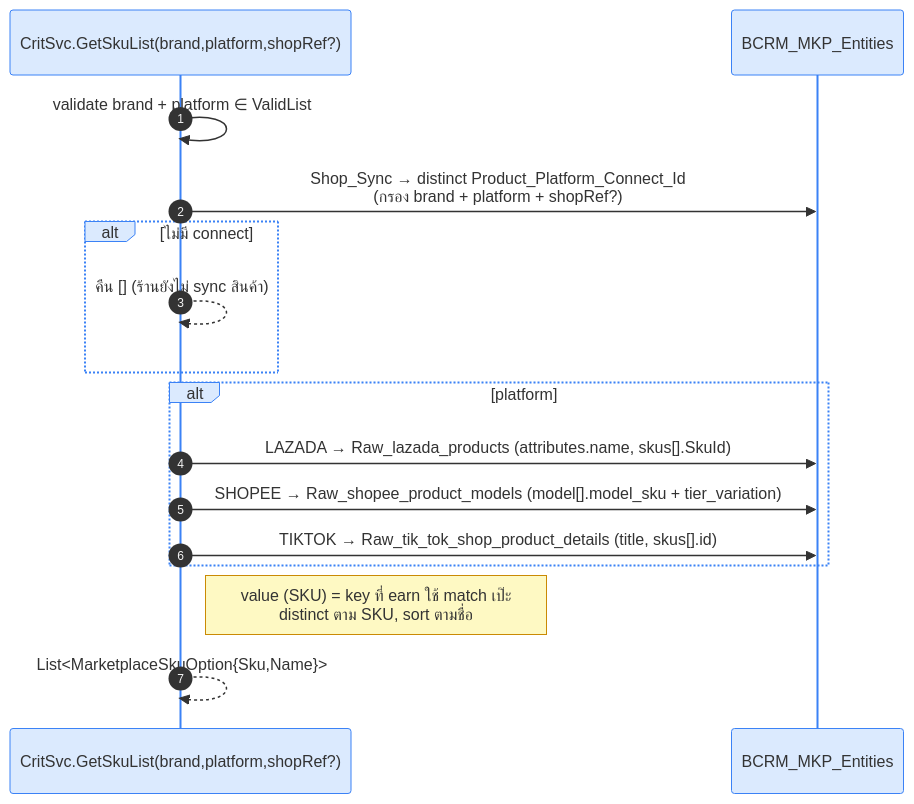
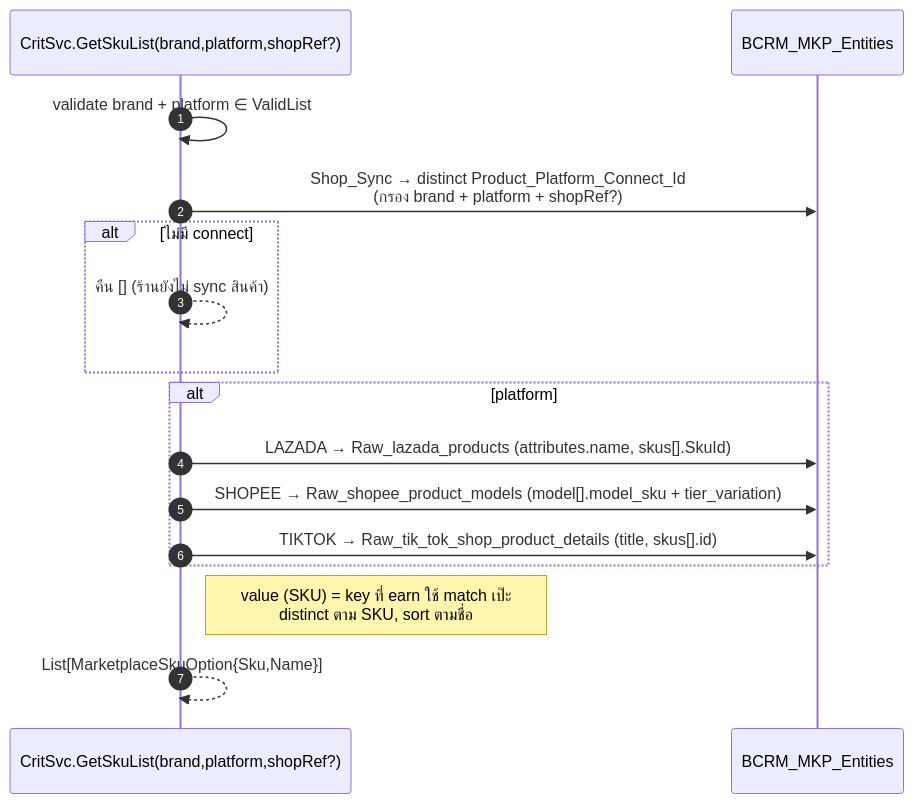
Before and after one commit to paothanapon-chococrm/obs-chococrm-me: the third of 5 diagrams in content/Work Currenry/Marketplace-Sequence-Diagrams.md, drawn with Mermaid. The commit also changed other lines of this file, not shown here.

First line of the commit message:
fix mermaid: stray angle brackets + light-only colors

````diff
--- a/content/Work Currenry/Marketplace-Sequence-Diagrams.md
+++ b/content/Work Currenry/Marketplace-Sequence-Diagrams.md
@@ -132,20 +130,19 @@
 ```mermaid
-%%{init: {'theme':'base', 'themeVariables': {'actorBkg':'#DBEAFE','actorBorder':'#3B82F6','noteBkgColor':'#FEF9C3','noteBorderColor':'#CA8A04'}}}%%
 sequenceDiagram
     autonumber
     participant CritSvc as CritSvc.GetSkuList(brand,platform,shopRef?)
     participant MKPDB as BCRM_MKP_Entities
 
     CritSvc->>CritSvc: validate brand + platform ∈ ValidList
     CritSvc->>MKPDB: Shop_Sync → distinct Product_Platform_Connect_Id<br/>(กรอง brand + platform + shopRef?)
     alt ไม่มี connect
         CritSvc-->>CritSvc: คืน [] (ร้านยังไม่ sync สินค้า)
     end
     alt platform
         CritSvc->>MKPDB: LAZADA → Raw_lazada_products (attributes.name, skus[].SkuId)
         CritSvc->>MKPDB: SHOPEE → Raw_shopee_product_models (model[].model_sku + tier_variation)
         CritSvc->>MKPDB: TIKTOK → Raw_tik_tok_shop_product_details (title, skus[].id)
     end
     Note right of CritSvc: value (SKU) = key ที่ earn ใช้ match เป๊ะ<br/>distinct ตาม SKU, sort ตามชื่อ
-    CritSvc-->>CritSvc: List<MarketplaceSkuOption{Sku,Name}>
+    CritSvc-->>CritSvc: List[MarketplaceSkuOption{Sku,Name}]
 ```
````
